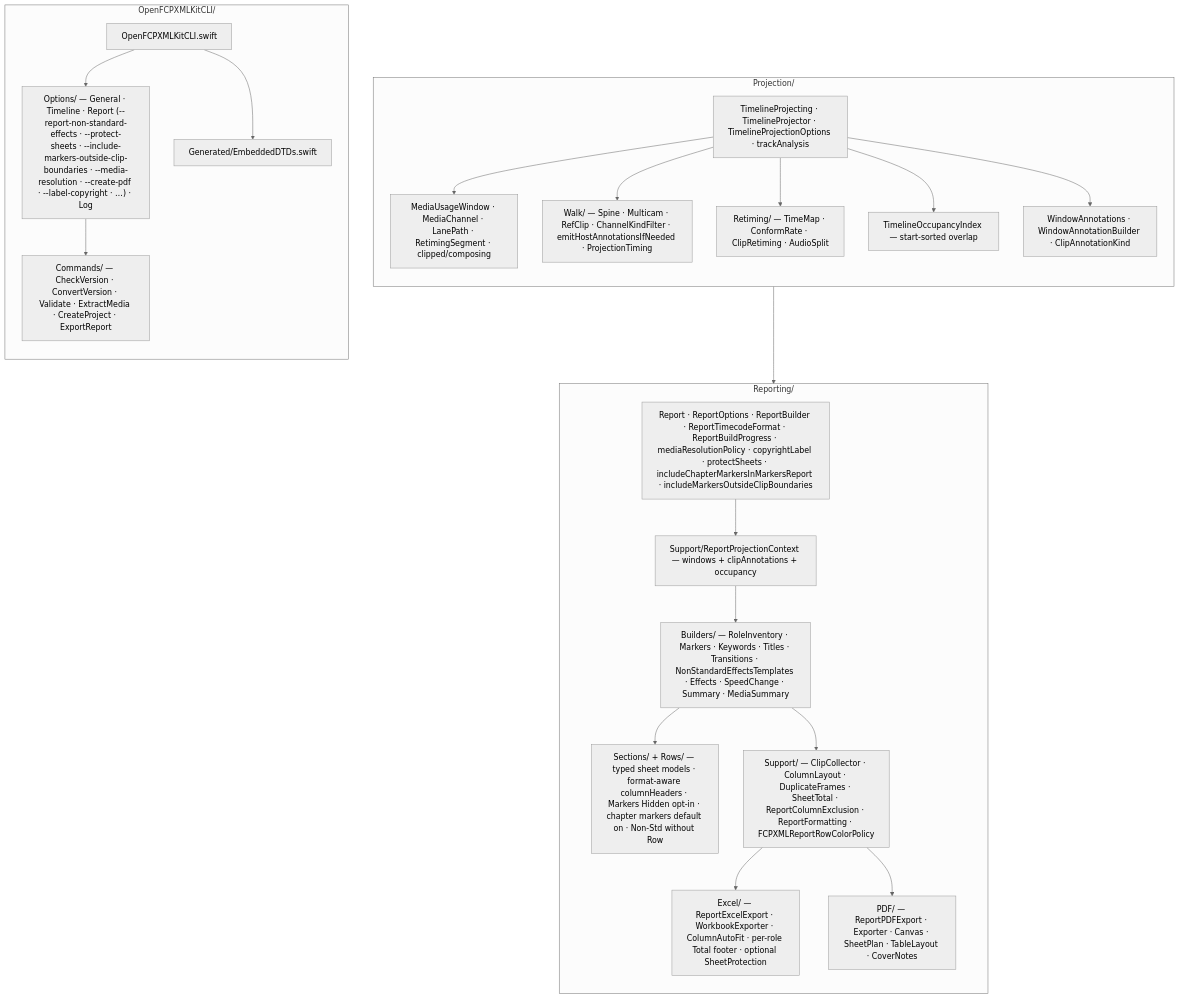
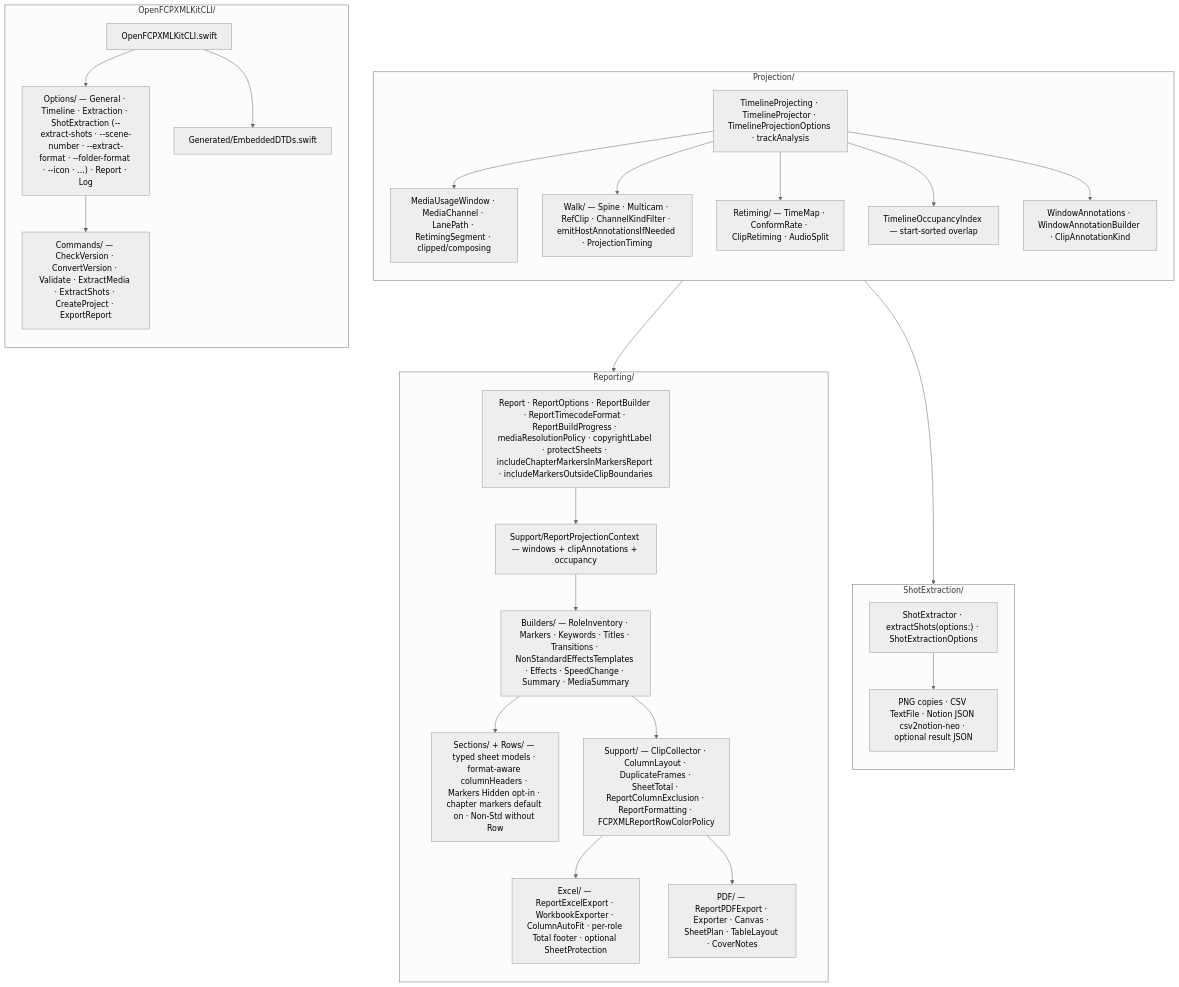
The fifth of 6 diagrams in ARCHITECTURE.md (TheAcharya/OpenFCPXMLKit), drawn with Mermaid (neutral theme) before and after one commit. The commit also changed other lines of this file and 37 other files, not shown here.

First line of the commit message:
Add still-image Shot Extraction with CLI and 3.3.0 docs.

````diff
--- a/ARCHITECTURE.md
+++ b/ARCHITECTURE.md
@@ -307,44 +312,52 @@
 ```mermaid
 flowchart TB
     subgraph PRJ_DETAIL["Projection/"]
         direction TB
         P_API["TimelineProjecting · TimelineProjector · TimelineProjectionOptions · trackAnalysis"]
         P_WIN["MediaUsageWindow · MediaChannel · LanePath · RetimingSegment · clipped/composing"]
         P_WALK["Walk/ — Spine · Multicam · RefClip · ChannelKindFilter · emitHostAnnotationsIfNeeded · ProjectionTiming"]
         P_RET["Retiming/ — TimeMap · ConformRate · ClipRetiming · AudioSplit"]
         P_OCC["TimelineOccupancyIndex — start-sorted overlap"]
         P_ANN["WindowAnnotations · WindowAnnotationBuilder · ClipAnnotationKind"]
         P_API --> P_WIN
         P_API --> P_WALK
         P_API --> P_RET
         P_API --> P_OCC
         P_API --> P_ANN
     end
 
     subgraph REP_DETAIL["Reporting/"]
         direction TB
         R_TOP["Report · ReportOptions · ReportBuilder · ReportTimecodeFormat · ReportBuildProgress · mediaResolutionPolicy · copyrightLabel · protectSheets · includeChapterMarkersInMarkersReport · includeMarkersOutsideClipBoundaries"]
         R_CTX["Support/ReportProjectionContext — windows + clipAnnotations + occupancy"]
         R_BLD["Builders/ — RoleInventory · Markers · Keywords · Titles · Transitions · NonStandardEffectsTemplates · Effects · SpeedChange · Summary · MediaSummary"]
         R_SEC["Sections/ + Rows/ — typed sheet models · format-aware columnHeaders · Markers Hidden opt-in · chapter markers default on · Non-Std without Row"]
         R_SUP["Support/ — ClipCollector · ColumnLayout · DuplicateFrames · SheetTotal · ReportColumnExclusion · ReportFormatting · FCPXMLReportRowColorPolicy"]
         R_XLS["Excel/ — ReportExcelExport · WorkbookExporter · ColumnAutoFit · per-role Total footer · optional SheetProtection"]
         R_PDF["PDF/ — ReportPDFExport · Exporter · Canvas · SheetPlan · TableLayout · CoverNotes"]
         R_TOP --> R_CTX --> R_BLD --> R_SEC
         R_BLD --> R_SUP
         R_SUP --> R_XLS
         R_SUP --> R_PDF
     end
 
     PRJ_DETAIL --> REP_DETAIL
+    PRJ_DETAIL --> SHOT_DETAIL
+
+    subgraph SHOT_DETAIL["ShotExtraction/"]
+        direction TB
+        S_API["ShotExtractor · extractShots(options:) · ShotExtractionOptions"]
+        S_OUT["PNG copies · CSV TextFile · Notion JSON csv2notion-neo · optional result JSON"]
+        S_API --> S_OUT
+    end
 
     subgraph CLI_DETAIL["OpenFCPXMLKitCLI/"]
         direction TB
         C_ROOT["OpenFCPXMLKitCLI.swift"]
-        C_OPT["Options/ — General · Timeline · Report (--report-non-standard-effects · --protect-sheets · --include-markers-outside-clip-boundaries · --media-resolution · --create-pdf · --label-copyright · …) · Log"]
-        C_CMD["Commands/ — CheckVersion · ConvertVersion · Validate · ExtractMedia · CreateProject · ExportReport"]
+        C_OPT["Options/ — General · Timeline · Extraction · ShotExtraction (--extract-shots · --scene-number · --extract-format · --folder-format · --icon · …) · Report · Log"]
+        C_CMD["Commands/ — CheckVersion · ConvertVersion · Validate · ExtractMedia · ExtractShots · CreateProject · ExportReport"]
         C_GEN["Generated/EmbeddedDTDs.swift"]
         C_ROOT --> C_OPT --> C_CMD
         C_ROOT --> C_GEN
     end
 ```
````
